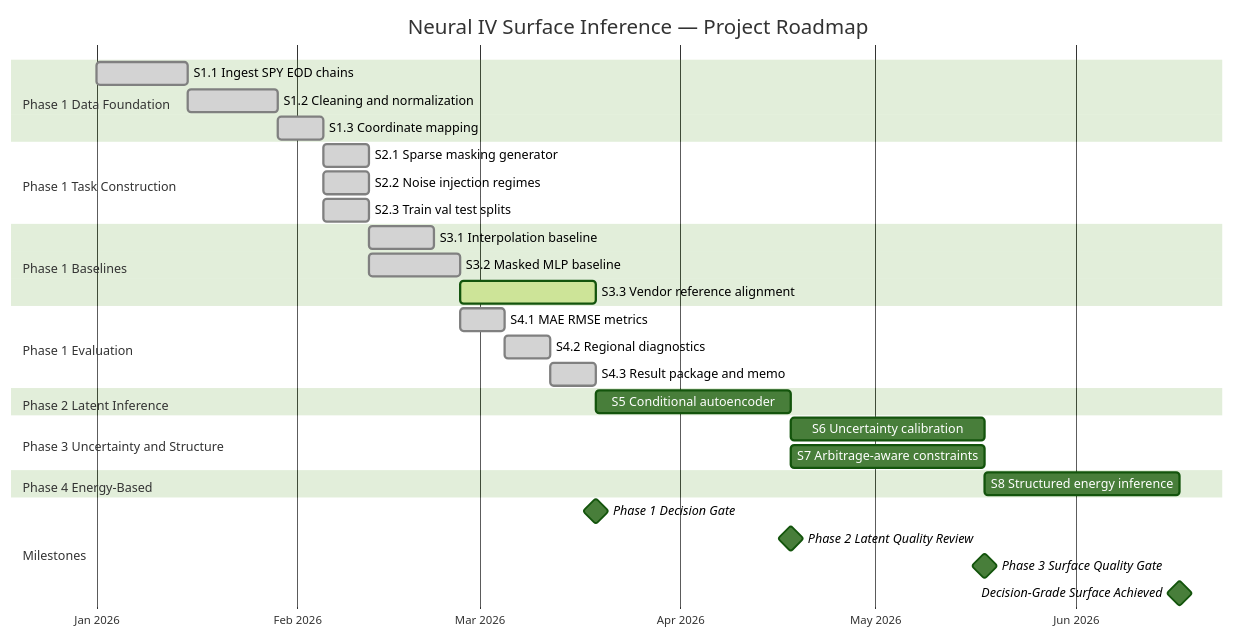
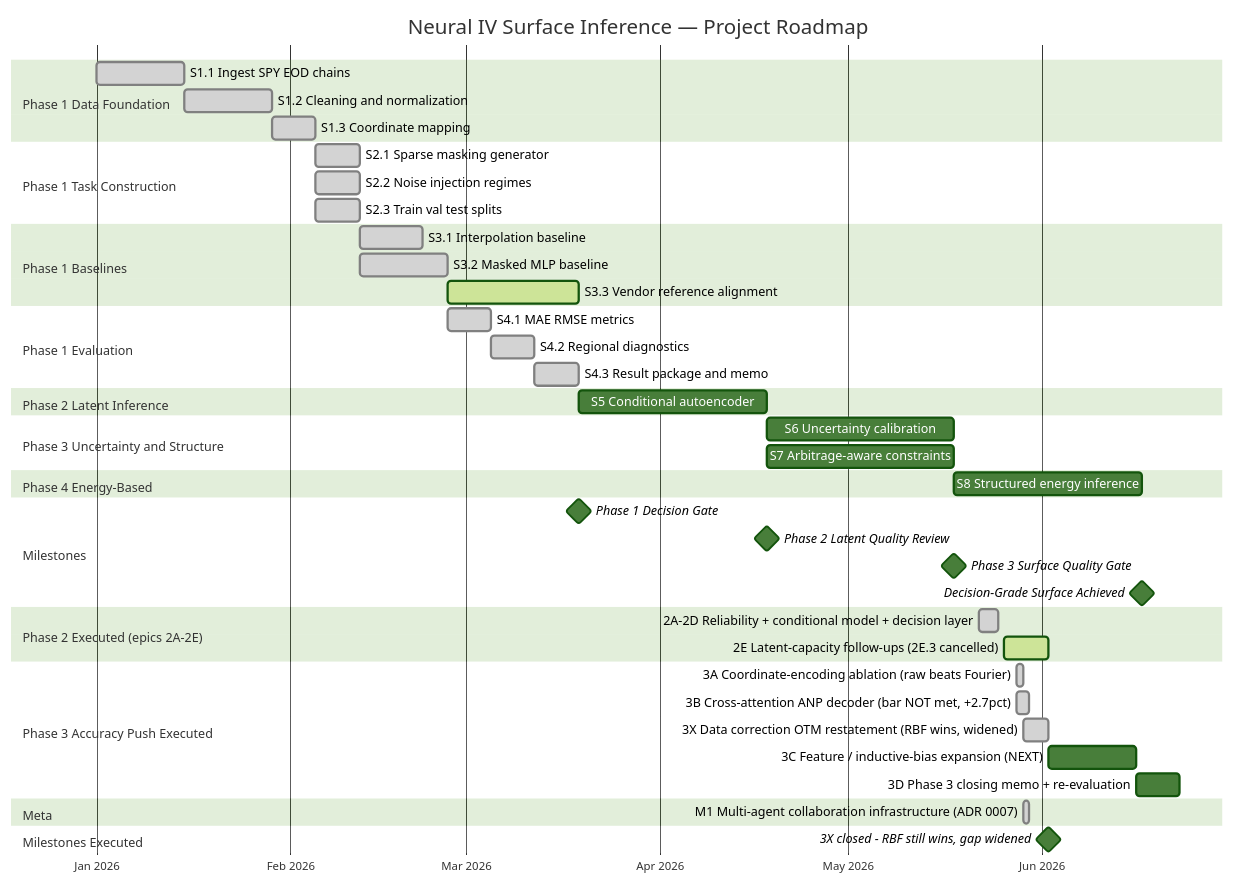
Before and after one commit to zymeng1998/neural-iv-surface-inference: the diagram in docs/roadmaps/gantt_chart.mmd, drawn with Mermaid (forest theme). The commit also changed 15 other files, not shown here.

First line of the commit message:
docs(3X.14): close epic 3X + propagate to evidence docs + roadmap diagrams

```diff
--- a/docs/roadmaps/gantt_chart.mmd
+++ b/docs/roadmaps/gantt_chart.mmd
@@ -1,40 +1,61 @@
+%% NOTE (2026-06-02): the S1–S8 sections below are the ORIGINAL conceptual
+%% 4-phase plan. The work actually executed as epics 2A–2E / 3A–3D + 3X + M1.
+%% The "Executed epic breakdown" sections at the bottom reflect reality and
+%% current status. Any committed .png render of this file is STALE — regenerate.
 gantt
     title Neural IV Surface Inference — Project Roadmap
     dateFormat YYYY-MM-DD
     axisFormat %b %Y
 
     section Phase 1 Data Foundation
     S1.1 Ingest SPY EOD chains           :done, s11, 2026-01-01, 14d
     S1.2 Cleaning and normalization       :done, s12, after s11, 14d
     S1.3 Coordinate mapping               :done, s13, after s12, 7d
 
     section Phase 1 Task Construction
     S2.1 Sparse masking generator          :done, s21, after s13, 7d
     S2.2 Noise injection regimes           :done, s22, after s13, 7d
     S2.3 Train val test splits             :done, s23, after s13, 7d
 
     section Phase 1 Baselines
     S3.1 Interpolation baseline            :done, s31, after s23, 10d
     S3.2 Masked MLP baseline               :done, s32, after s23, 14d
     S3.3 Vendor reference alignment        :active, s33, after s32, 21d
 
     section Phase 1 Evaluation
     S4.1 MAE RMSE metrics                  :done, s41, after s32, 7d
     S4.2 Regional diagnostics              :done, s42, after s41, 7d
     S4.3 Result package and memo           :done, s43, after s42, 7d
 
     section Phase 2 Latent Inference
     S5 Conditional autoencoder             :s5, after s33, 30d
 
     section Phase 3 Uncertainty and Structure
     S6 Uncertainty calibration             :s6, after s5, 30d
     S7 Arbitrage-aware constraints         :s7, after s5, 30d
 
     section Phase 4 Energy-Based
     S8 Structured energy inference         :s8, after s7, 30d
 
     section Milestones
     Phase 1 Decision Gate                  :milestone, m1, after s43, 0d
     Phase 2 Latent Quality Review          :milestone, m2, after s5, 0d
     Phase 3 Surface Quality Gate           :milestone, m3, after s7, 0d
     Decision-Grade Surface Achieved        :milestone, m4, after s8, 0d
+
+    section Phase 2 Executed (epics 2A-2E)
+    2A-2D Reliability + conditional model + decision layer :done, p2, 2026-05-22, 2026-05-25
+    2E Latent-capacity follow-ups (2E.3 cancelled)         :active, p2e, 2026-05-26, 7d
+
+    section Phase 3 Accuracy Push Executed
+    3A Coordinate-encoding ablation (raw beats Fourier)    :done, e3a, 2026-05-28, 1d
+    3B Cross-attention ANP decoder (bar NOT met, +2.7pct)  :done, e3b, 2026-05-28, 2d
+    3X Data correction OTM restatement (RBF wins, widened) :done, e3x, 2026-05-29, 2026-06-02
+    3C Feature / inductive-bias expansion (NEXT)           :e3c, after e3x, 14d
+    3D Phase 3 closing memo + re-evaluation                :e3d, after e3c, 7d
+
+    section Meta
+    M1 Multi-agent collaboration infrastructure (ADR 0007) :done, em1, 2026-05-29, 1d
+
+    section Milestones Executed
+    3X closed - RBF still wins, gap widened                :milestone, m3x, 2026-06-02, 0d
```
